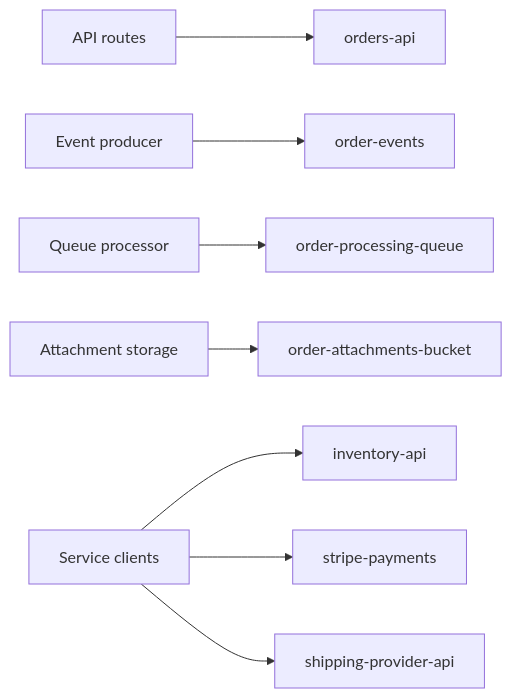
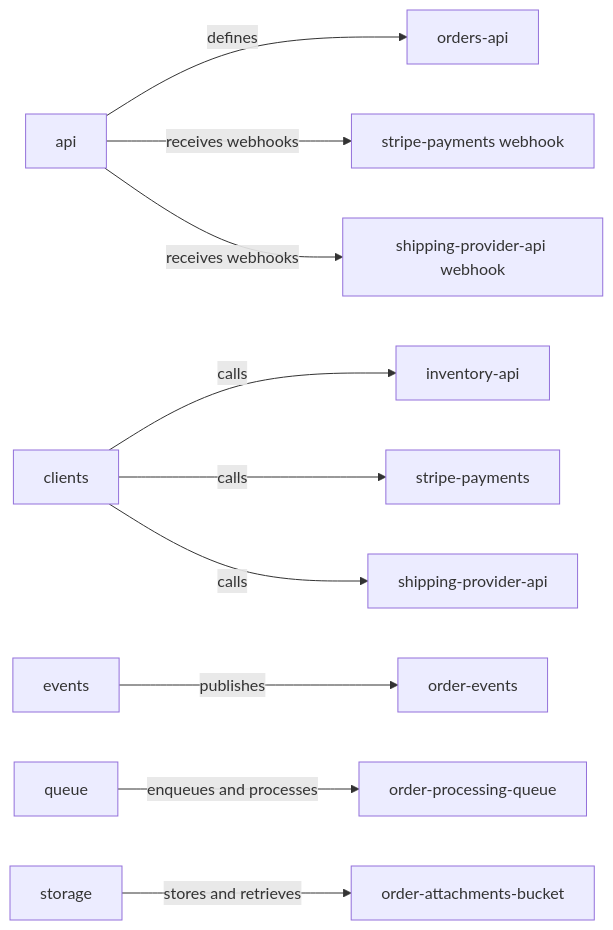
Before and after one commit to industrial-curiosity/panopticon-test-child-b: the diagram in docs/architecture.md, drawn with Mermaid. The commit also changed other lines of this file and 14 other files, not shown here.

````diff
--- a/docs/architecture.md
+++ b/docs/architecture.md
@@ -19,10 +19,12 @@
 ```mermaid
 flowchart LR
-  API[API routes] --> OrdersAPI[orders-api]
-  Events[Event producer] --> OrderEvents[order-events]
-  Queue[Queue processor] --> OrderQueue[order-processing-queue]
-  Storage[Attachment storage] --> Attachments[order-attachments-bucket]
-  Clients[Service clients] --> Inventory[inventory-api]
-  Clients --> Stripe[stripe-payments]
-  Clients --> Shipping[shipping-provider-api]
+  API[api] -->|defines| OrdersAPI[orders-api]
+  API -->|receives webhooks| StripeWH[stripe-payments webhook]
+  API -->|receives webhooks| ShippingWH[shipping-provider-api webhook]
+  Clients[clients] -->|calls| InventoryAPI[inventory-api]
+  Clients -->|calls| StripeREST[stripe-payments]
+  Clients -->|calls| ShippingREST[shipping-provider-api]
+  Events[events] -->|publishes| OrderEvents[order-events]
+  Queue[queue] -->|enqueues and processes| OrderQueue[order-processing-queue]
+  Storage[storage] -->|stores and retrieves| Attachments[order-attachments-bucket]
 ```
````
